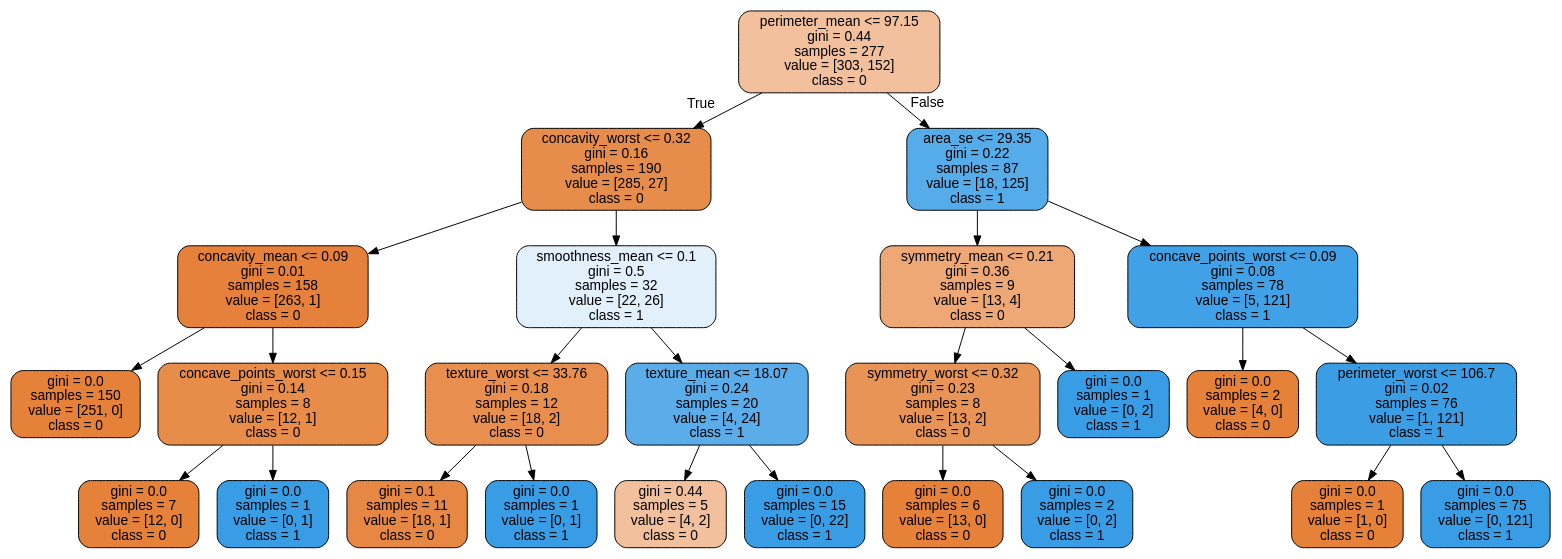
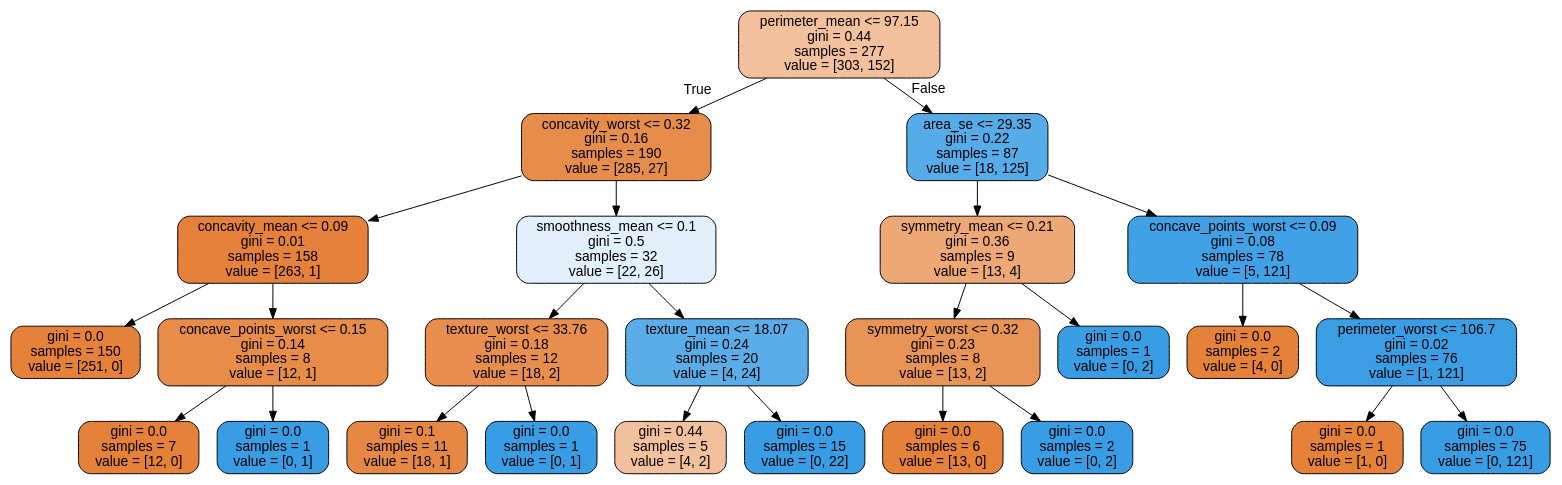
Before and after one commit to cyrilvincent/ML: the diagram in data/breast-cancer/tree.dot, drawn with Graphviz. The commit also changed 1 other file, not shown here.

```diff
--- a/data/breast-cancer/tree.dot
+++ b/data/breast-cancer/tree.dot
@@ -1,53 +1,53 @@
 digraph Tree {
 node [shape=box, style="filled, rounded", color="black", fontname="helvetica"] ;
 edge [fontname="helvetica"] ;
-0 [label="perimeter_mean <= 97.15\ngini = 0.44\nsamples = 277\nvalue = [303, 152]\nclass = 0", fillcolor="#f2c09c"] ;
-1 [label="concavity_worst <= 0.32\ngini = 0.16\nsamples = 190\nvalue = [285, 27]\nclass = 0", fillcolor="#e78d4c"] ;
+0 [label="perimeter_mean <= 97.15\ngini = 0.44\nsamples = 277\nvalue = [303, 152]", fillcolor="#f2c09c"] ;
+1 [label="concavity_worst <= 0.32\ngini = 0.16\nsamples = 190\nvalue = [285, 27]", fillcolor="#e78d4c"] ;
 0 -> 1 [labeldistance=2.5, labelangle=45, headlabel="True"] ;
-2 [label="concavity_mean <= 0.09\ngini = 0.01\nsamples = 158\nvalue = [263, 1]\nclass = 0", fillcolor="#e5813a"] ;
+2 [label="concavity_mean <= 0.09\ngini = 0.01\nsamples = 158\nvalue = [263, 1]", fillcolor="#e5813a"] ;
 1 -> 2 ;
-3 [label="gini = 0.0\nsamples = 150\nvalue = [251, 0]\nclass = 0", fillcolor="#e58139"] ;
+3 [label="gini = 0.0\nsamples = 150\nvalue = [251, 0]", fillcolor="#e58139"] ;
 2 -> 3 ;
-4 [label="concave_points_worst <= 0.15\ngini = 0.14\nsamples = 8\nvalue = [12, 1]\nclass = 0", fillcolor="#e78c49"] ;
+4 [label="concave_points_worst <= 0.15\ngini = 0.14\nsamples = 8\nvalue = [12, 1]", fillcolor="#e78c49"] ;
 2 -> 4 ;
-5 [label="gini = 0.0\nsamples = 7\nvalue = [12, 0]\nclass = 0", fillcolor="#e58139"] ;
+5 [label="gini = 0.0\nsamples = 7\nvalue = [12, 0]", fillcolor="#e58139"] ;
 4 -> 5 ;
-6 [label="gini = 0.0\nsamples = 1\nvalue = [0, 1]\nclass = 1", fillcolor="#399de5"] ;
+6 [label="gini = 0.0\nsamples = 1\nvalue = [0, 1]", fillcolor="#399de5"] ;
 4 -> 6 ;
-7 [label="smoothness_mean <= 0.1\ngini = 0.5\nsamples = 32\nvalue = [22, 26]\nclass = 1", fillcolor="#e1f0fb"] ;
+7 [label="smoothness_mean <= 0.1\ngini = 0.5\nsamples = 32\nvalue = [22, 26]", fillcolor="#e1f0fb"] ;
 1 -> 7 ;
-8 [label="texture_worst <= 33.76\ngini = 0.18\nsamples = 12\nvalue = [18, 2]\nclass = 0", fillcolor="#e88f4f"] ;
+8 [label="texture_worst <= 33.76\ngini = 0.18\nsamples = 12\nvalue = [18, 2]", fillcolor="#e88f4f"] ;
 7 -> 8 ;
-9 [label="gini = 0.1\nsamples = 11\nvalue = [18, 1]\nclass = 0", fillcolor="#e68844"] ;
+9 [label="gini = 0.1\nsamples = 11\nvalue = [18, 1]", fillcolor="#e68844"] ;
 8 -> 9 ;
-10 [label="gini = 0.0\nsamples = 1\nvalue = [0, 1]\nclass = 1", fillcolor="#399de5"] ;
+10 [label="gini = 0.0\nsamples = 1\nvalue = [0, 1]", fillcolor="#399de5"] ;
 8 -> 10 ;
-11 [label="texture_mean <= 18.07\ngini = 0.24\nsamples = 20\nvalue = [4, 24]\nclass = 1", fillcolor="#5aade9"] ;
+11 [label="texture_mean <= 18.07\ngini = 0.24\nsamples = 20\nvalue = [4, 24]", fillcolor="#5aade9"] ;
 7 -> 11 ;
-12 [label="gini = 0.44\nsamples = 5\nvalue = [4, 2]\nclass = 0", fillcolor="#f2c09c"] ;
+12 [label="gini = 0.44\nsamples = 5\nvalue = [4, 2]", fillcolor="#f2c09c"] ;
 11 -> 12 ;
-13 [label="gini = 0.0\nsamples = 15\nvalue = [0, 22]\nclass = 1", fillcolor="#399de5"] ;
+13 [label="gini = 0.0\nsamples = 15\nvalue = [0, 22]", fillcolor="#399de5"] ;
 11 -> 13 ;
-14 [label="area_se <= 29.35\ngini = 0.22\nsamples = 87\nvalue = [18, 125]\nclass = 1", fillcolor="#56abe9"] ;
+14 [label="area_se <= 29.35\ngini = 0.22\nsamples = 87\nvalue = [18, 125]", fillcolor="#56abe9"] ;
 0 -> 14 [labeldistance=2.5, labelangle=-45, headlabel="False"] ;
-15 [label="symmetry_mean <= 0.21\ngini = 0.36\nsamples = 9\nvalue = [13, 4]\nclass = 0", fillcolor="#eda876"] ;
+15 [label="symmetry_mean <= 0.21\ngini = 0.36\nsamples = 9\nvalue = [13, 4]", fillcolor="#eda876"] ;
 14 -> 15 ;
-16 [label="symmetry_worst <= 0.32\ngini = 0.23\nsamples = 8\nvalue = [13, 2]\nclass = 0", fillcolor="#e99457"] ;
+16 [label="symmetry_worst <= 0.32\ngini = 0.23\nsamples = 8\nvalue = [13, 2]", fillcolor="#e99457"] ;
 15 -> 16 ;
-17 [label="gini = 0.0\nsamples = 6\nvalue = [13, 0]\nclass = 0", fillcolor="#e58139"] ;
+17 [label="gini = 0.0\nsamples = 6\nvalue = [13, 0]", fillcolor="#e58139"] ;
 16 -> 17 ;
-18 [label="gini = 0.0\nsamples = 2\nvalue = [0, 2]\nclass = 1", fillcolor="#399de5"] ;
+18 [label="gini = 0.0\nsamples = 2\nvalue = [0, 2]", fillcolor="#399de5"] ;
 16 -> 18 ;
-19 [label="gini = 0.0\nsamples = 1\nvalue = [0, 2]\nclass = 1", fillcolor="#399de5"] ;
+19 [label="gini = 0.0\nsamples = 1\nvalue = [0, 2]", fillcolor="#399de5"] ;
 15 -> 19 ;
-20 [label="concave_points_worst <= 0.09\ngini = 0.08\nsamples = 78\nvalue = [5, 121]\nclass = 1", fillcolor="#41a1e6"] ;
+20 [label="concave_points_worst <= 0.09\ngini = 0.08\nsamples = 78\nvalue = [5, 121]", fillcolor="#41a1e6"] ;
 14 -> 20 ;
-21 [label="gini = 0.0\nsamples = 2\nvalue = [4, 0]\nclass = 0", fillcolor="#e58139"] ;
+21 [label="gini = 0.0\nsamples = 2\nvalue = [4, 0]", fillcolor="#e58139"] ;
 20 -> 21 ;
-22 [label="perimeter_worst <= 106.7\ngini = 0.02\nsamples = 76\nvalue = [1, 121]\nclass = 1", fillcolor="#3b9ee5"] ;
+22 [label="perimeter_worst <= 106.7\ngini = 0.02\nsamples = 76\nvalue = [1, 121]", fillcolor="#3b9ee5"] ;
 20 -> 22 ;
-23 [label="gini = 0.0\nsamples = 1\nvalue = [1, 0]\nclass = 0", fillcolor="#e58139"] ;
+23 [label="gini = 0.0\nsamples = 1\nvalue = [1, 0]", fillcolor="#e58139"] ;
 22 -> 23 ;
-24 [label="gini = 0.0\nsamples = 75\nvalue = [0, 121]\nclass = 1", fillcolor="#399de5"] ;
+24 [label="gini = 0.0\nsamples = 75\nvalue = [0, 121]", fillcolor="#399de5"] ;
 22 -> 24 ;
 }
```
